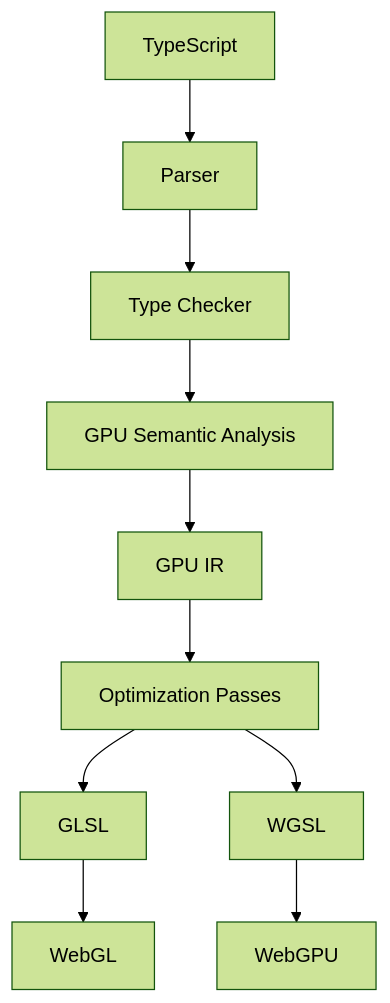
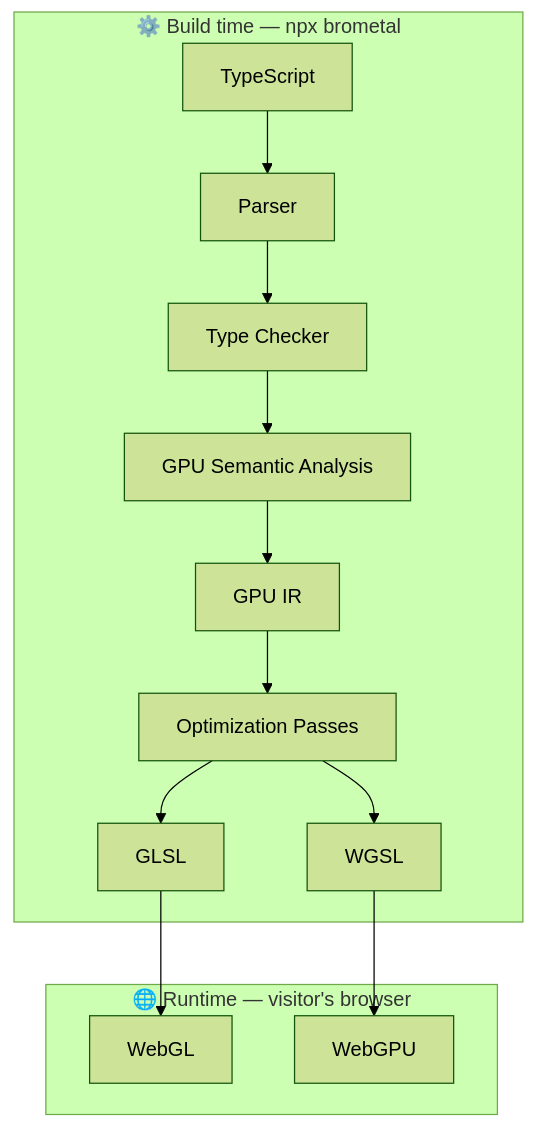
One commit to ericdrowell/brometal changed the diagram in README.md. Above: the diagram before and after it, drawn with Mermaid (forest theme). The commit also changed other lines of this file, not shown here.

````diff
--- a/README.md
+++ b/README.md
@@ -7,10 +7,18 @@
 ```mermaid
 flowchart TD
-    TS[TypeScript] --> Parser
-    Parser --> TC[Type Checker]
-    TC --> SA[GPU Semantic Analysis]
-    SA --> IR[GPU IR]
-    IR --> OPT[Optimization Passes]
-    OPT --> GLSL --> WebGL
-    OPT --> WGSL --> WebGPU
+    subgraph BUILD ["⚙️ Build time — npx brometal"]
+        TS[TypeScript] --> Parser
+        Parser --> TC[Type Checker]
+        TC --> SA[GPU Semantic Analysis]
+        SA --> IR[GPU IR]
+        IR --> OPT[Optimization Passes]
+        OPT --> GLSL
+        OPT --> WGSL
+    end
+    subgraph RUN ["🌐 Runtime — visitor's browser"]
+        WebGL
+        WebGPU
+    end
+    GLSL --> WebGL
+    WGSL --> WebGPU
 ```
````
